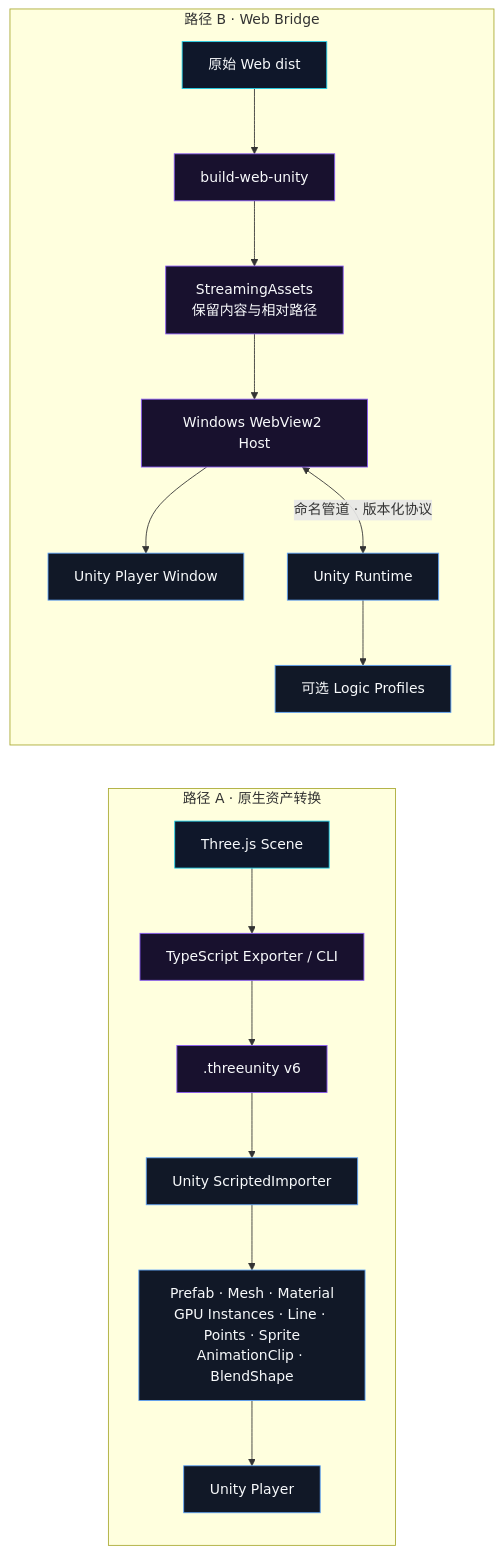
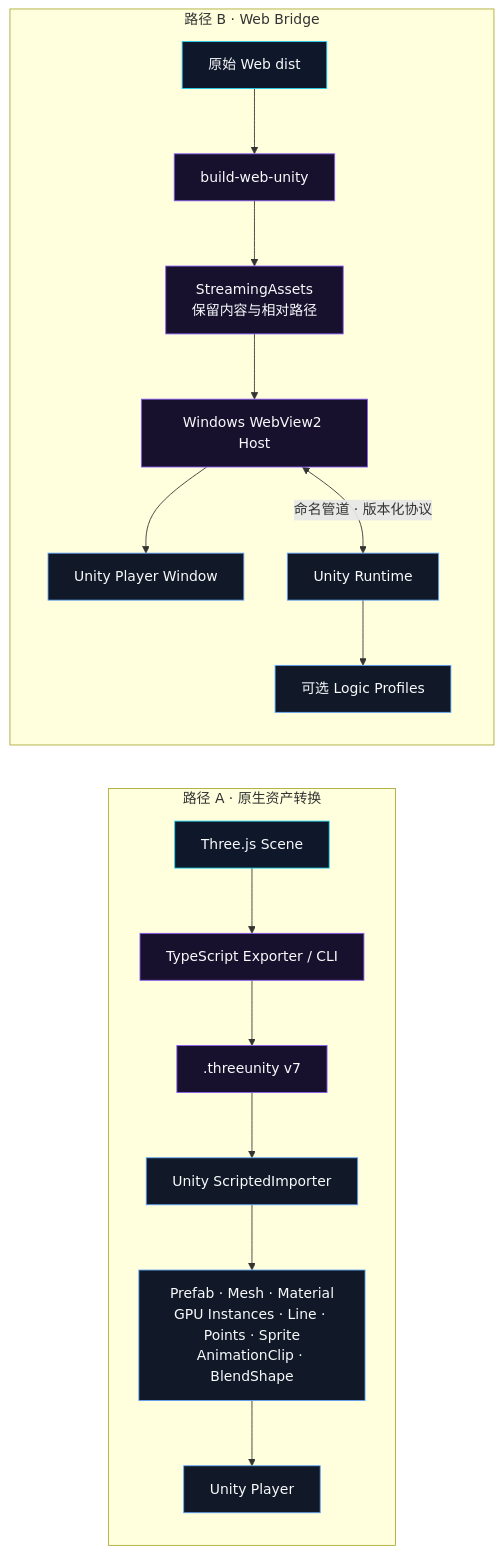
The diagram in README.md (mohui666/three-unity-bridge), drawn with Mermaid before and after one commit. The commit also changed other lines of this file and 17 other files, not shown here.

````diff
--- a/README.md
+++ b/README.md
@@ -57,26 +57,26 @@
 ```mermaid
 flowchart LR
   subgraph Asset["路径 A · 原生资产转换"]
     Scene["Three.js Scene"] --> Exporter["TypeScript Exporter / CLI"]
-    Exporter --> Document[".threeunity v6"]
+    Exporter --> Document[".threeunity v7"]
     Document --> Importer["Unity ScriptedImporter"]
     Importer --> Assets["Prefab · Mesh · Material<br/>GPU Instances · Line · Points · Sprite<br/>AnimationClip · BlendShape"]
     Assets --> NativePlayer["Unity Player"]
   end
 
   subgraph Web["路径 B · Web Bridge"]
     Dist["原始 Web dist"] --> Pack["build-web-unity"]
     Pack --> Streaming["StreamingAssets<br/>保留内容与相对路径"]
     Streaming --> Host["Windows WebView2 Host"]
     Host --> WebPlayer["Unity Player Window"]
     Host <-->|"命名管道 · 版本化协议"| Runtime["Unity Runtime"]
     Runtime --> Profiles["可选 Logic Profiles"]
   end
 
   classDef source fill:#0f172a,stroke:#22d3ee,color:#f8fafc;
   classDef bridge fill:#18112e,stroke:#8b5cf6,color:#f8fafc;
   classDef unity fill:#111827,stroke:#60a5fa,color:#f8fafc;
   class Scene,Dist source;
   class Exporter,Document,Pack,Streaming,Host bridge;
   class Importer,Assets,NativePlayer,WebPlayer,Runtime,Profiles unity;
 ```
````
